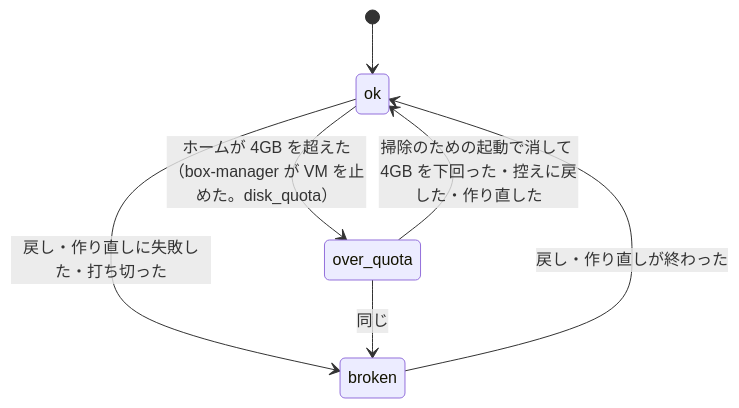
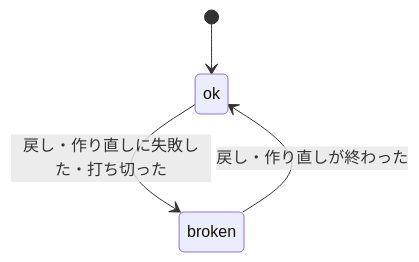
Before and after one commit to itiwoja/agent-team: diagram 12 of 12 in docs/design/10_diagrams/states.md, drawn with Mermaid. The commit also changed other lines of this file and 34 other files, not shown here.

````diff
--- a/docs/design/10_diagrams/states.md
+++ b/docs/design/10_diagrams/states.md
@@ -166,9 +161,6 @@
 ```mermaid
 stateDiagram-v2
  [*] --> ok
- ok --> over_quota : ホームが 4GB を超えた（box-manager が VM を止めた。disk_quota）
- over_quota --> ok : 掃除のための起動で消して 4GB を下回った・控えに戻した・作り直した
  ok --> broken : 戻し・作り直しに失敗した・打ち切った
- over_quota --> broken : 同じ
  broken --> ok : 戻し・作り直しが終わった
 ```
````
